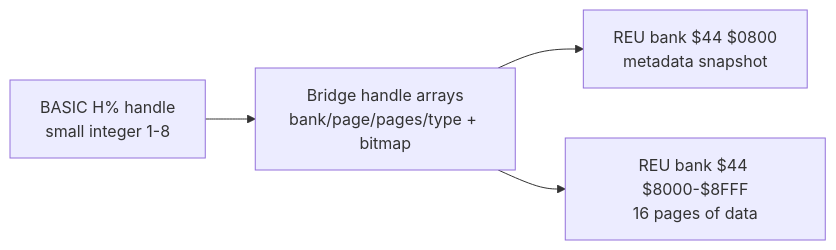
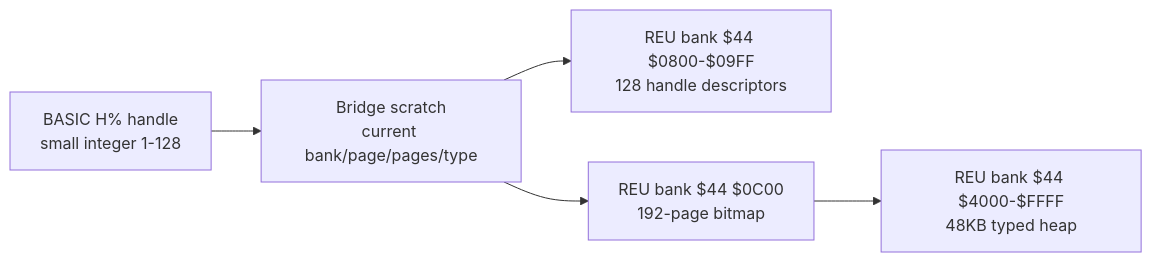
Before and after one commit to 123Onetwothree123/6502: the eighth of 8 diagrams in src/apps/readybasic/READYBASIC_LIFECYCLE_AND_REU_ARCHITECTURE.md, drawn with Mermaid. The commit also changed other lines of this file and 13 other files, not shown here.

Commit message:
Expand ReadyBASIC REU handles

````diff
--- a/src/apps/readybasic/READYBASIC_LIFECYCLE_AND_REU_ARCHITECTURE.md
+++ b/src/apps/readybasic/READYBASIC_LIFECYCLE_AND_REU_ARCHITECTURE.md
@@ -464,10 +464,11 @@
 ```mermaid
 flowchart LR
-  BASIC["BASIC H% handle<br/>small integer 1-8"]
-  META["Bridge handle arrays<br/>bank/page/pages/type + bitmap"]
-  SNAP["REU bank $44 $0800<br/>metadata snapshot"]
-  DATA["REU bank $44 $8000-$8FFF<br/>16 pages of data"]
+  BASIC["BASIC H% handle<br/>small integer 1-128"]
+  SCRATCH["Bridge scratch<br/>current bank/page/pages/type"]
+  DIR["REU bank $44 $0800-$09FF<br/>128 handle descriptors"]
+  BITMAP["REU bank $44 $0C00<br/>192-page bitmap"]
+  DATA["REU bank $44 $4000-$FFFF<br/>48KB typed heap"]
 
-  BASIC --> META --> SNAP
-  META --> DATA
+  BASIC --> SCRATCH --> DIR
+  SCRATCH --> BITMAP --> DATA
 ```
````
